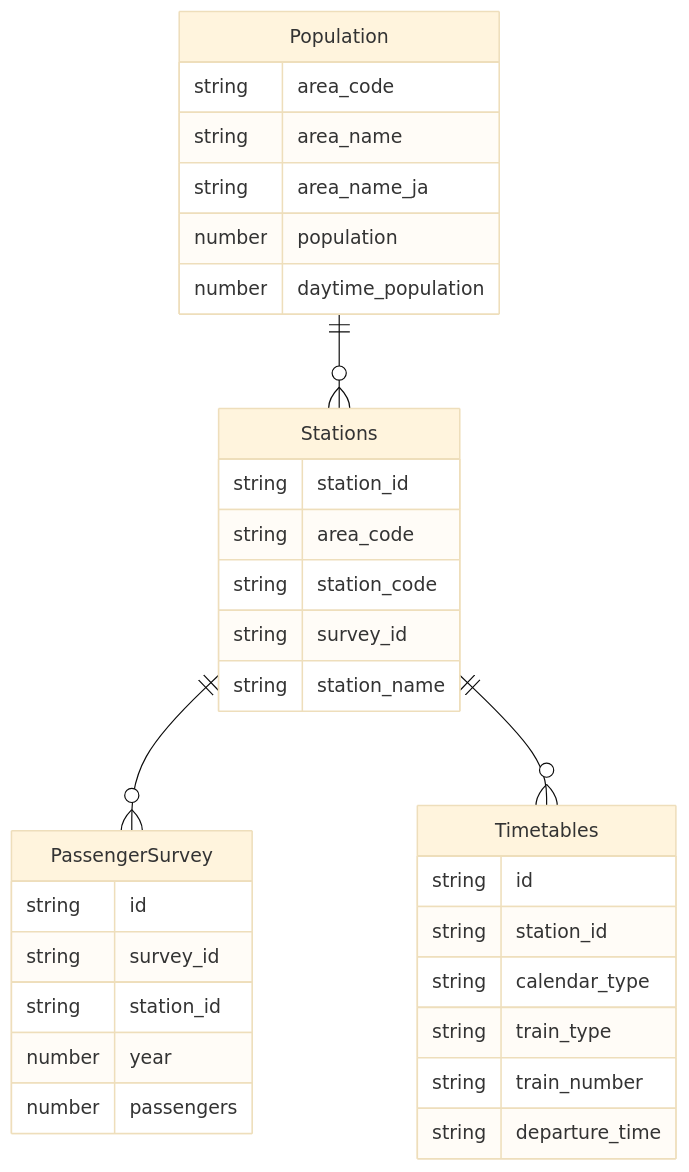
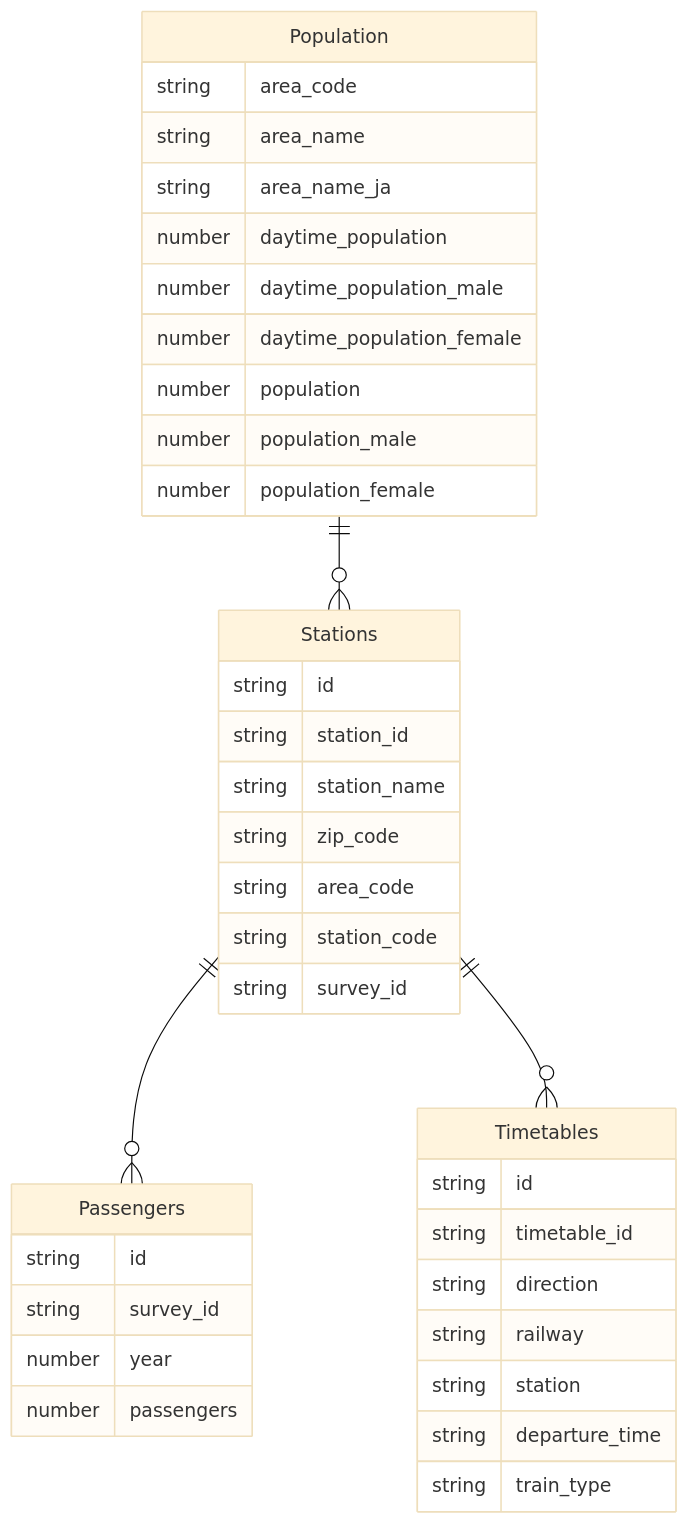
Before and after one commit to meih/nd027-capstone: the diagram in README.md, drawn with Mermaid (base theme). The commit also changed other lines of this file and 16 other files, not shown here.

````diff
--- a/README.md
+++ b/README.md
@@ -93,42 +110,46 @@
 ```mermaid
 erDiagram
 
-Stations ||--o{ PassengerSurvey: ""
+Stations ||--o{ Passengers: ""
 Stations ||--o{ Timetables: ""
 Population ||--o{ Stations: ""
 
-PassengerSurvey {
+Passengers {
   string id
   string survey_id
-  string station_id
   number year
   number passengers
 }
 
 Stations {
+  string id
   string station_id
+  string station_name
+  string zip_code
   string area_code
   string station_code
   string survey_id
-  string station_name
 }
 
 Population {
   string area_code
   string area_name
   string area_name_ja
+  number daytime_population
+  number daytime_population_male
+  number daytime_population_female
   number population
-  number daytime_population
+  number population_male
+  number population_female
 }
 
 Timetables {
   string id
-  string station_id
-  string calendar_type
+  string timetable_id
+  string direction
+  string railway
+  string station
+  string departure_time
   string train_type
-  string train_number
-  string departure_time
 }
-
-
 ```
````
